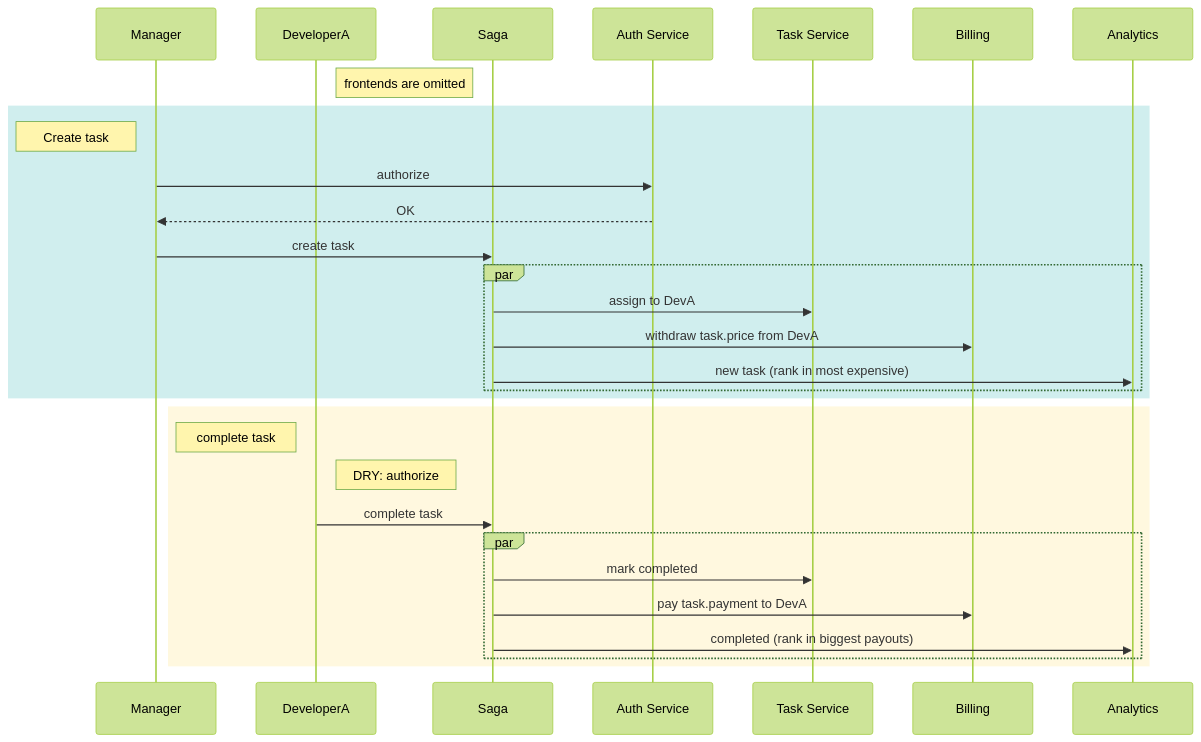
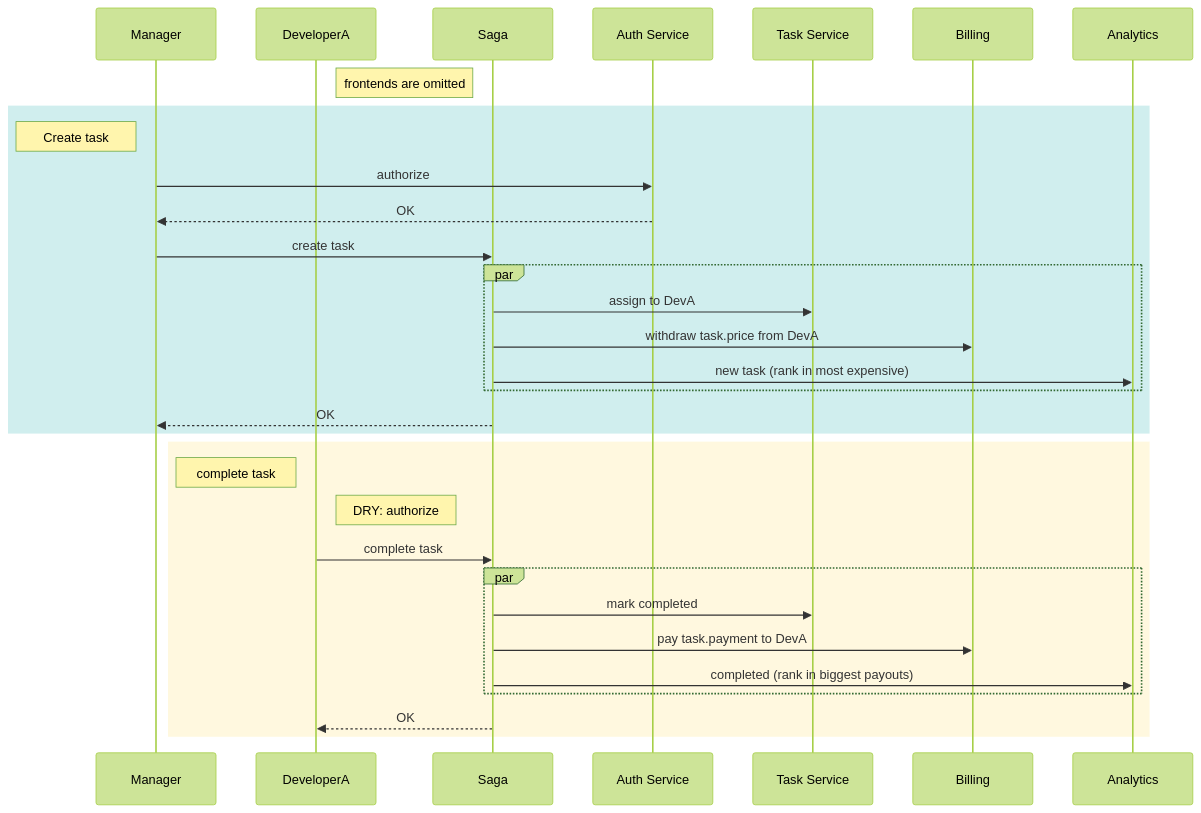
The diagram in create_complete.mermaid (folex/bird-out), drawn with Mermaid (forest theme) before and after one commit. The commit also changed 1 other file, not shown here.

```diff
--- a/create_complete.mermaid
+++ b/create_complete.mermaid
@@ -1,40 +1,42 @@
 sequenceDiagram
     participant M as Manager
     %% participant Admin
     participant DA as DeveloperA
     %% participant DeveloperB
     participant SG as Saga
     participant AS as Auth Service
     participant TT as Task Service
     participant BL as Billing
     participant ANS as Analytics
 
     note left of SG: frontends are omitted
 
     rect rgba(100, 200, 200, 0.3)
         note left of M: Create task
         M ->> AS: authorize
         AS -->> M: OK
         M ->> SG: create task
         par
         SG ->> TT: assign to DevA
         SG ->> BL: withdraw task.price from DevA
         SG ->> ANS: new task (rank in most expensive)
         end
+        SG -->> M: OK
         %% note right of Fluence: Keys can be EC, RSA, etc
     end
 
     rect rgba(255, 230, 150, 0.3)
         note left of DA: complete task
         note right of DA: DRY: authorize
         DA ->> SG: complete task
         par
             SG ->> TT: mark completed
             SG ->> BL: pay task.payment to DevA
             SG ->> ANS: completed (rank in biggest payouts)
         end
+        SG -->> DA: OK
     end
 
     %% Manager -->|Open| TT(Task Tracker)
     %% TT -->|Authorize| AS(Auth Service)
     %% Manager -->|Create task| TT
```
